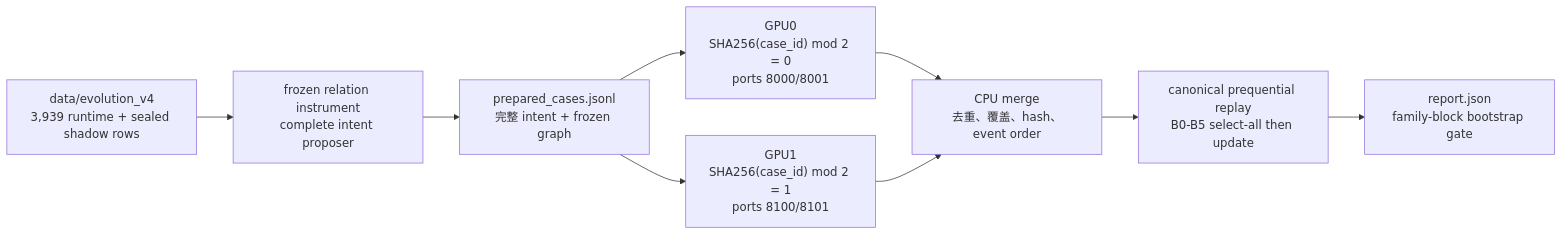
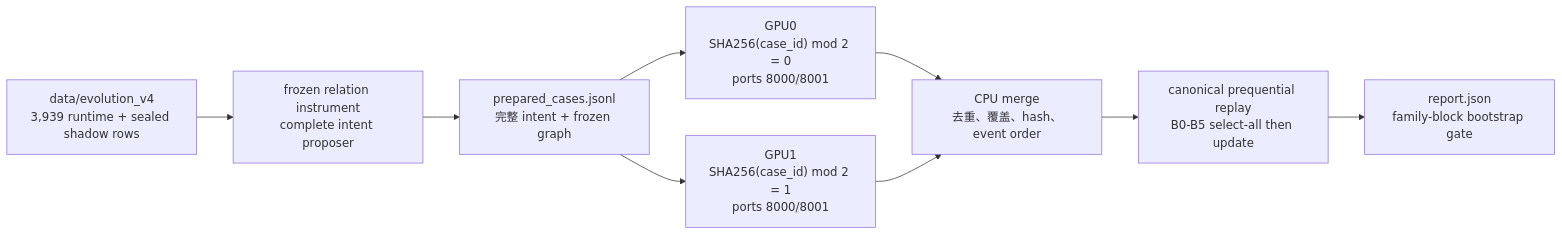
One commit to supremewen666/CMD_Memory changed the diagram in RUN_EXPERIMENTS_SINGLE_A100.md. Above: the diagram before and after it, drawn with Mermaid. The commit also changed other lines of this file and 57 other files, not shown here.

````diff
--- a/RUN_EXPERIMENTS_SINGLE_A100.md
+++ b/RUN_EXPERIMENTS_SINGLE_A100.md
@@ -11,17 +11,17 @@
 ```mermaid
 flowchart LR
   D["data/evolution_v4\n3,939 runtime + sealed shadow rows"]
   I["frozen relation instrument\ncomplete intent proposer"]
   S["prepared_cases.jsonl\n完整 intent + frozen graph"]
   G0["GPU0\nSHA256(case_id) mod 2 = 0\nports 8000/8001"]
-  G1["GPU1\nSHA256(case_id) mod 2 = 1\nports 8100/8101"]
+  G1["GPU1\nSHA256(case_id) mod 2 = 1\nports 8000/8001"]
   M["CPU merge\n去重、覆盖、hash、event order"]
   R["canonical prequential replay\nB0-B5 select-all then update"]
   E["report.json\nfamily-block bootstrap gate"]
   D --> I --> S
   S --> G0
   S --> G1
   G0 --> M
   G1 --> M
   M --> R --> E
 ```
````
